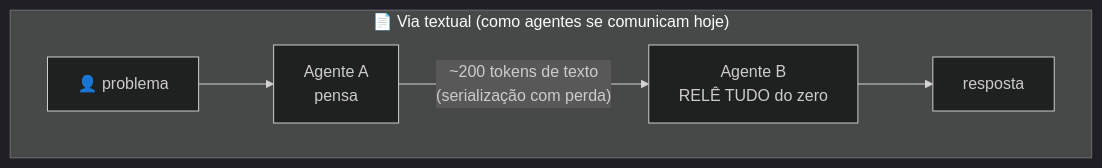
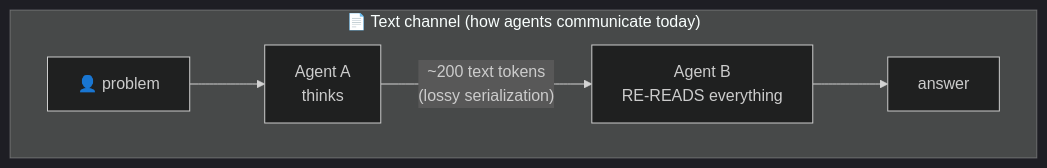
The first of 3 diagrams in README.md (dmixfilms/noema), drawn with Mermaid (dark theme) before and after one commit. The commit also changed other lines of this file and 4 other files, not shown here.

````diff
--- a/README.md
+++ b/README.md
@@ -23,7 +25,7 @@
 ```mermaid
 flowchart LR
-    subgraph T["📄 Via textual (como agentes se comunicam hoje)"]
+    subgraph T["📄 Text channel (how agents communicate today)"]
         direction LR
-        U1[👤 problema] --> A1[Agente A<br/>pensa] -->|"~200 tokens de texto<br/>(serialização com perda)"| B1[Agente B<br/>RELÊ TUDO do zero] --> R1[resposta]
+        U1[👤 problem] --> A1[Agent A<br/>thinks] -->|"~200 text tokens<br/>(lossy serialization)"| B1[Agent B<br/>RE-READS everything] --> R1[answer]
     end
 ```
````
